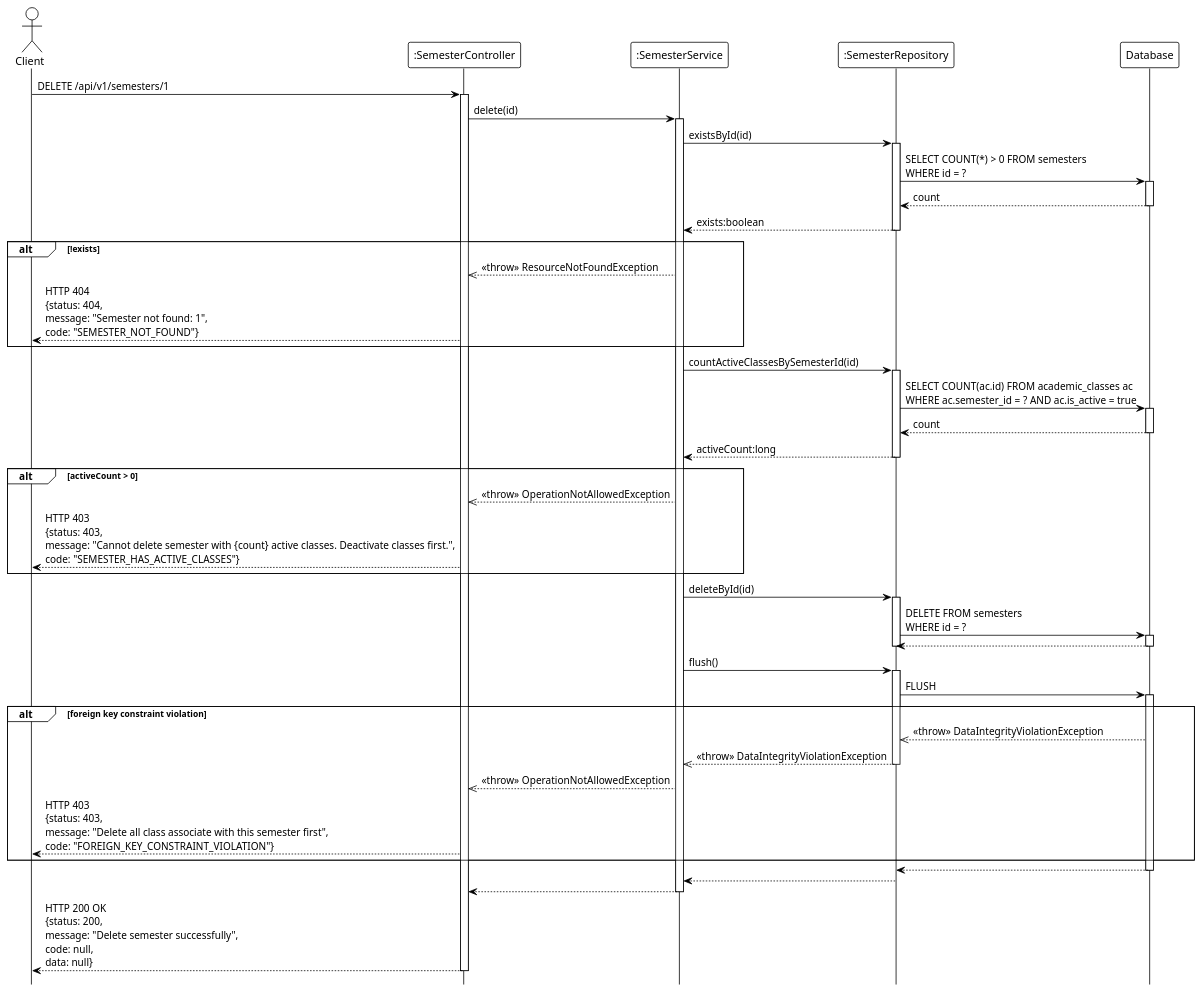
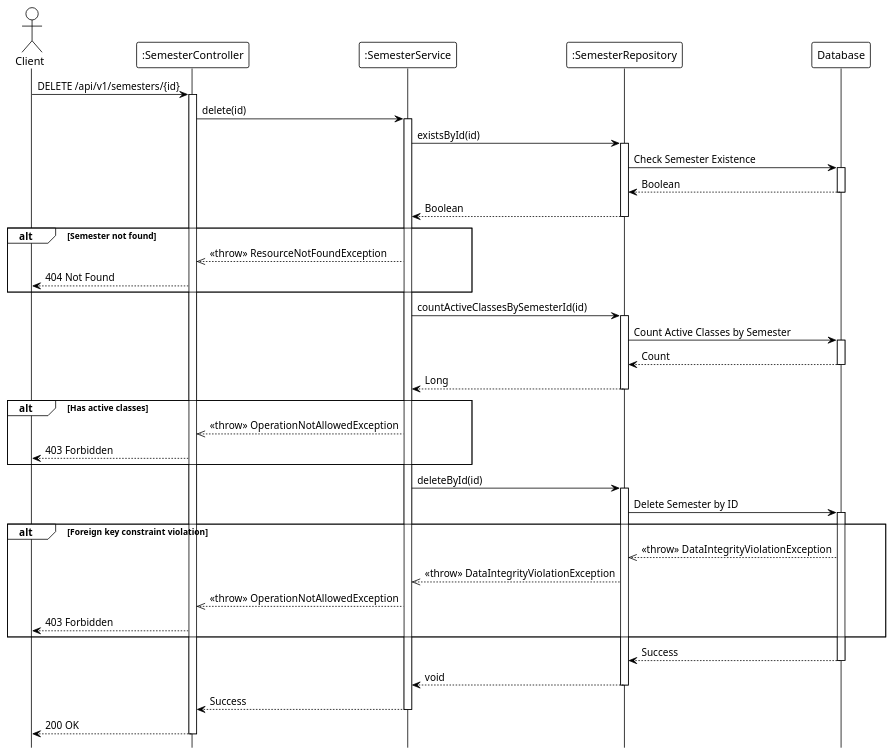
The diagram in system_detailed_design/09_delete_semester/sequence_diagram_delete_semester.puml (Ndh474/context), drawn with PlantUML before and after one commit. The commit also changed 13 other files, not shown here.

```diff
--- a/system_detailed_design/09_delete_semester/sequence_diagram_delete_semester.puml
+++ b/system_detailed_design/09_delete_semester/sequence_diagram_delete_semester.puml
@@ -1,86 +1,78 @@
-@startuml Delete Semester
+@startuml delete_semester
 !theme plain
 hide footbox
 
 actor Client
 participant ":SemesterController" as Controller
 participant ":SemesterService" as Service
 participant ":SemesterRepository" as Repository
 participant "Database" as DB
 
-Client -> Controller: DELETE /api/v1/semesters/1
+' --- MAIN FLOW ---
+Client -> Controller: DELETE /api/v1/semesters/{id}
 activate Controller
 
 Controller -> Service: delete(id)
 activate Service
 
-' === Validation 1: Check Existence ===
+' --- CHECK EXISTENCE ---
 Service -> Repository: existsById(id)
 activate Repository
 
-Repository -> DB: SELECT COUNT(*) > 0 FROM semesters\nWHERE id = ?
+Repository -> DB: Check Semester Existence
 activate DB
-DB --> Repository: count
+DB --> Repository: Boolean
 deactivate DB
 
-Repository --> Service: exists:boolean
+Repository --> Service: Boolean
 deactivate Repository
 
-alt !exists
+alt Semester not found
     Service -->> Controller: <<throw>> ResourceNotFoundException
-    Controller --> Client: HTTP 404\n{status: 404,\nmessage: "Semester not found: 1",\ncode: "SEMESTER_NOT_FOUND"}
+    Controller --> Client: 404 Not Found
 end
 
-' === Validation 2: Check Active Classes ===
+' --- CHECK ACTIVE CLASSES ---
 Service -> Repository: countActiveClassesBySemesterId(id)
 activate Repository
 
-Repository -> DB: SELECT COUNT(ac.id) FROM academic_classes ac\nWHERE ac.semester_id = ? AND ac.is_active = true
+Repository -> DB: Count Active Classes by Semester
 activate DB
-DB --> Repository: count
+DB --> Repository: Count
 deactivate DB
 
-Repository --> Service: activeCount:long
+Repository --> Service: Long
 deactivate Repository
 
-alt activeCount > 0
+alt Has active classes
     Service -->> Controller: <<throw>> OperationNotAllowedException
-    Controller --> Client: HTTP 403\n{status: 403,\nmessage: "Cannot delete semester with {count} active classes. Deactivate classes first.",\ncode: "SEMESTER_HAS_ACTIVE_CLASSES"}
+    Controller --> Client: 403 Forbidden
 end
 
-' === Validation 3: Delete with Foreign Key Constraint Handling ===
+' --- DELETE OPERATION ---
 Service -> Repository: deleteById(id)
 activate Repository
 
-Repository -> DB: DELETE FROM semesters\nWHERE id = ?
+Repository -> DB: Delete Semester by ID
 activate DB
-DB --> Repository
+
+alt Foreign key constraint violation
+    DB -->> Repository: <<throw>> DataIntegrityViolationException
+    Repository -->> Service: <<throw>> DataIntegrityViolationException
+    Service -->> Controller: <<throw>> OperationNotAllowedException
+    Controller --> Client: 403 Forbidden
+end
+
+DB --> Repository: Success
 deactivate DB
 
+Repository --> Service: void
 deactivate Repository
 
-Service -> Repository: flush()
-activate Repository
-Repository -> DB: FLUSH
-activate DB
-
-alt foreign key constraint violation
-    DB -->> Repository: <<throw>> DataIntegrityViolationException
-    Repository -->> Service: <<throw>> DataIntegrityViolationException
-    deactivate Repository
-    Service -->> Controller: <<throw>> OperationNotAllowedException
-    Controller --> Client: HTTP 403\n{status: 403,\nmessage: "Delete all class associate with this semester first",\ncode: "FOREIGN_KEY_CONSTRAINT_VIOLATION"}
-end
-
-DB --> Repository
-deactivate DB
-Repository --> Service
-deactivate Repository
-
-Service --> Controller
+Service --> Controller: Success
 deactivate Service
 
-Controller --> Client: HTTP 200 OK\n{status: 200,\nmessage: "Delete semester successfully",\ncode: null,\ndata: null}
+Controller --> Client: 200 OK
 deactivate Controller
 
 @enduml
```
